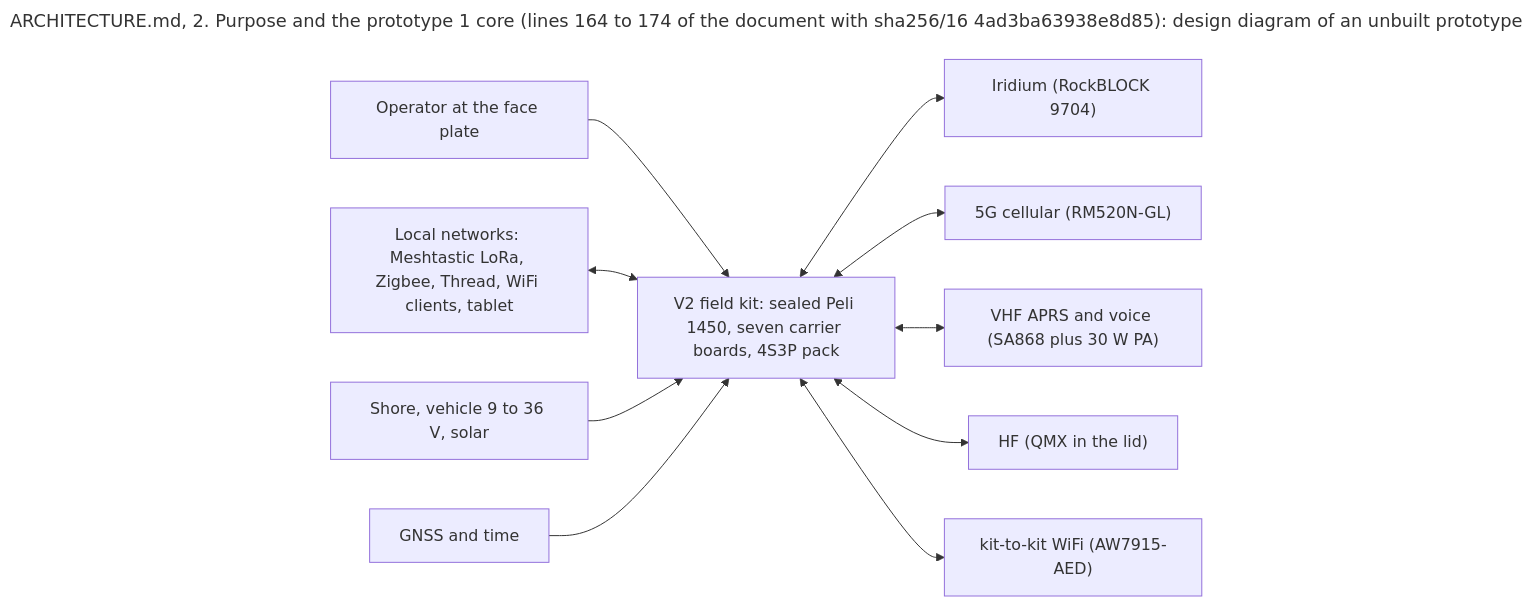
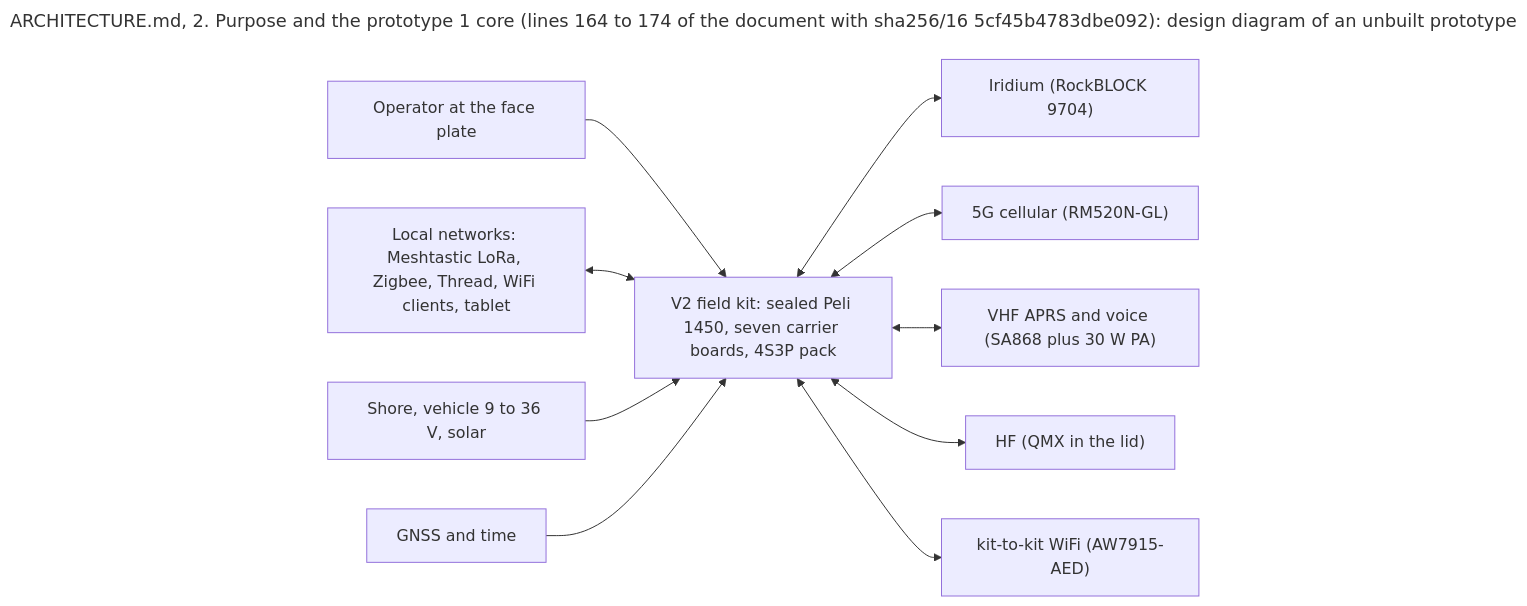
The diagram in v2/docs/diagrams/src/arch-2-context.mmd (meshsat/meshsat-fieldkit), drawn with Mermaid before and after one commit. The commit also changed 54 other files, not shown here.

```diff
--- a/v2/docs/diagrams/src/arch-2-context.mmd
+++ b/v2/docs/diagrams/src/arch-2-context.mmd
@@ -1,14 +1,14 @@
 ---
-title: "ARCHITECTURE.md, 2. Purpose and the prototype 1 core (lines 164 to 174 of the document with sha256/16 4ad3ba63938e8d85): design diagram of an unbuilt prototype"
+title: "ARCHITECTURE.md, 2. Purpose and the prototype 1 core (lines 164 to 174 of the document with sha256/16 5cf45b4783dbe092): design diagram of an unbuilt prototype"
 ---
 flowchart LR
   OP["Operator at the face plate"] --> KIT
   LOCAL["Local networks: Meshtastic LoRa, Zigbee, Thread, WiFi clients, tablet"] <--> KIT
   KIT["V2 field kit: sealed Peli 1450, seven carrier boards, 4S3P pack"]
   KIT <--> IRI["Iridium (RockBLOCK 9704)"]
   KIT <--> CELL["5G cellular (RM520N-GL)"]
   KIT <--> APRS["VHF APRS and voice (SA868 plus 30 W PA)"]
   KIT <--> HF["HF (QMX in the lid)"]
   KIT <--> K2K["kit-to-kit WiFi (AW7915-AED)"]
   SHORE["Shore, vehicle 9 to 36 V, solar"] --> KIT
   GNSS["GNSS and time"] --> KIT
```
